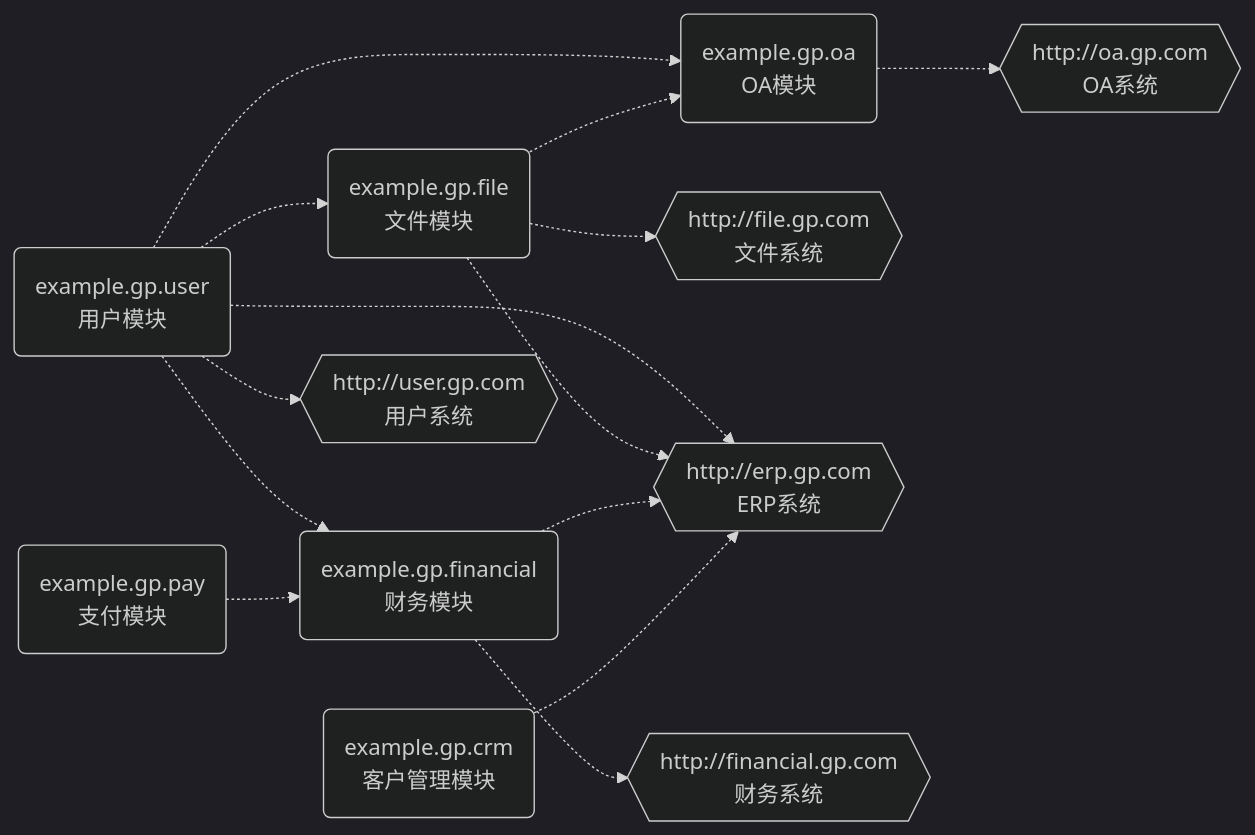
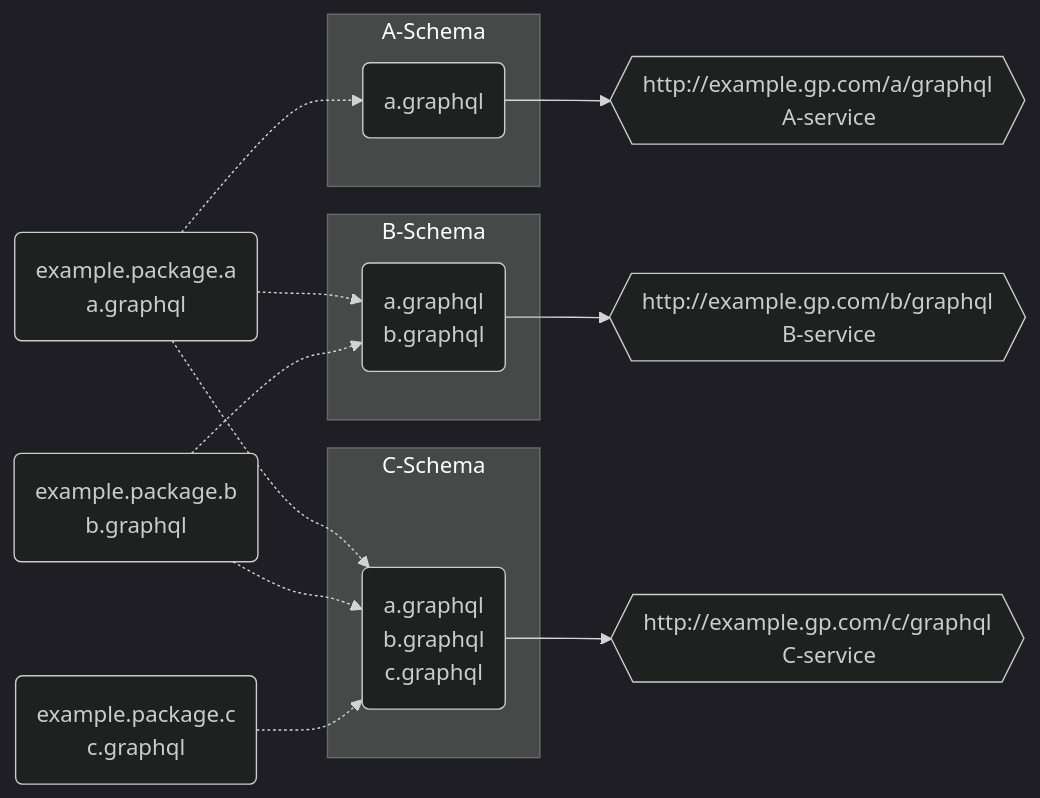
One commit to doukai/gp-doc.github.io changed the eighth of 12 diagrams in docs/intro.md. Above: the diagram before and after it, drawn with Mermaid (dark theme). The commit also changed other lines of this file, not shown here.

````diff
--- a/docs/intro.md
+++ b/docs/intro.md
@@ -129,33 +243,33 @@
 ```mermaid
 flowchart LR
-    user("example.gp.user
-    用户模块")
-    file("example.gp.file
-    文件模块")
-    pay("example.gp.pay
-    支付模块")
-    oa("example.gp.oa
-    OA模块")
-    oa("example.gp.oa
-    OA模块")
-    financial("example.gp.financial
-    财务模块")
-    crm("example.gp.crm
-    客户管理模块")
-    user-app{{"http://user.gp.com
-    用户系统"}}
-    file-app{{"http://file.gp.com
-    文件系统"}}
-    oa-app{{"http://oa.gp.com
-    OA系统"}}
-    erp-app{{"http://erp.gp.com
-    ERP系统"}}
-    financial-app{{"http://financial.gp.com
-    财务系统"}}
-    user -.-> user-app
-    user -.-> file -.-> file-app
-    user & file -.-> oa -.-> oa-app
-    user & file & financial & crm -.-> erp-app
-    user & pay -.-> financial
-    financial -.-> financial-app
+    a("example.package.a
+    a.graphql")
+    b("example.package.b
+    b.graphql")
+    c("example.package.c
+    c.graphql")
+    a-service{{"http://example.gp.com/a/graphql
+    A-service"}}
+    b-service{{"http://example.gp.com/b/graphql
+    B-service"}}
+    c-service{{"http://example.gp.com/c/graphql
+    C-service"}}
+    subgraph A-Schema
+        a-schema("a.graphql")
+    end
+    subgraph B-Schema
+        b-schema("a.graphql
+        b.graphql")
+    end
+    subgraph C-Schema
+        c-schema("a.graphql
+        b.graphql
+        c.graphql")
+    end
+    a -.-> a-schema
+    a & b -.-> b-schema
+    a & b & c -.-> c-schema
+    a-schema --> a-service
+    b-schema --> b-service
+    c-schema --> c-service
 ```
````
